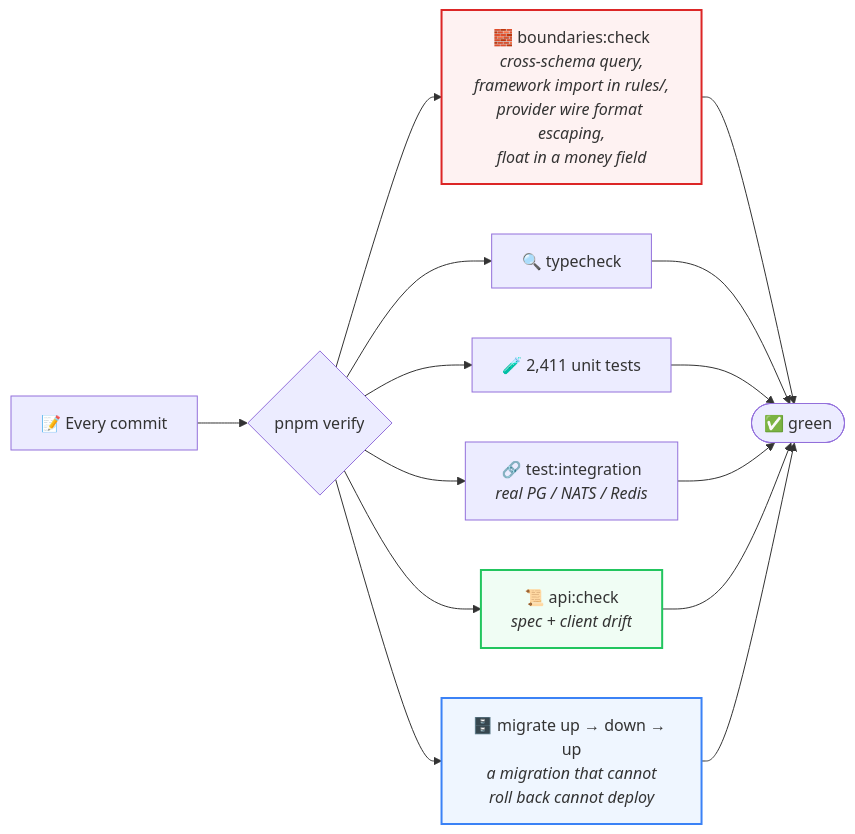
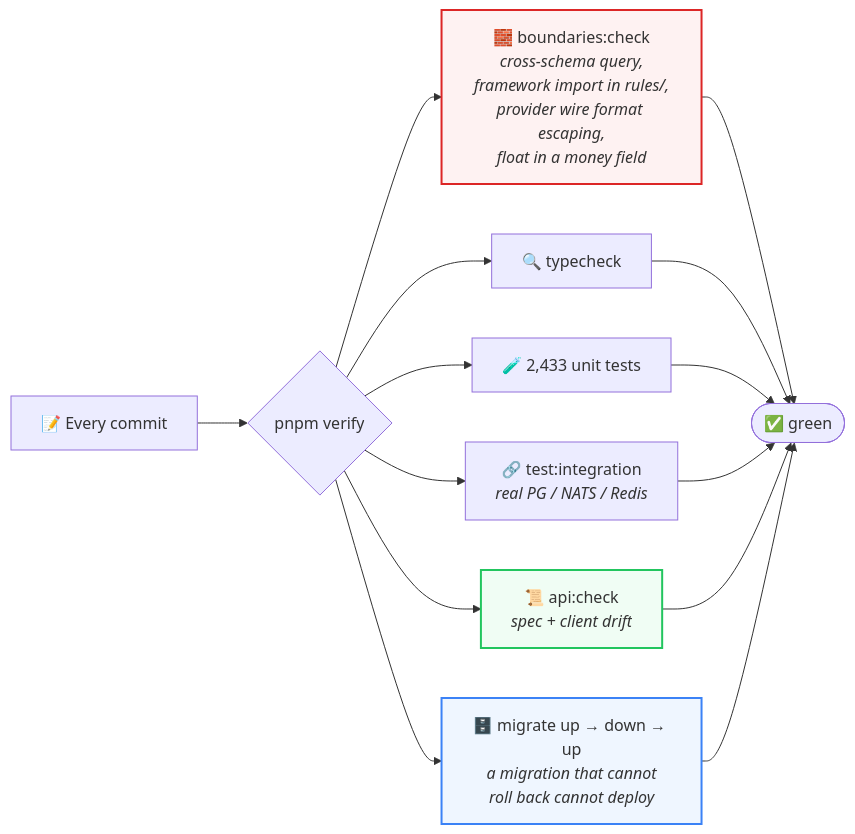
One commit to mahabubone/zipzap changed the sixth of 6 diagrams in README.md. Above: the diagram before and after it, drawn with Mermaid. The commit also changed other lines of this file and 159 other files, not shown here.

````diff
--- a/README.md
+++ b/README.md
@@ -327,17 +387,17 @@
 ```mermaid
 flowchart LR
     C["📝 Every commit"] --> P{"pnpm verify"}
     P --> B["🧱 boundaries:check<br/><i>cross-schema query,<br/>framework import in rules/,<br/>provider wire format escaping,<br/>float in a money field</i>"]
     P --> T["🔍 typecheck"]
-    P --> U["🧪 2,411 unit tests"]
+    P --> U["🧪 2,433 unit tests"]
     P --> I["🔗 test:integration<br/><i>real PG / NATS / Redis</i>"]
     P --> K["📜 api:check<br/><i>spec + client drift</i>"]
     P --> D["🗄️ migrate up → down → up<br/><i>a migration that cannot<br/>roll back cannot deploy</i>"]
 
     B --> V([✅ green])
     T --> V; U --> V; I --> V; K --> V; D --> V
 
     style B fill:#fef2f2,stroke:#dc2626,stroke-width:2px
     style K fill:#f0fdf4,stroke:#22c55e,stroke-width:2px
     style D fill:#eff6ff,stroke:#3b82f6,stroke-width:2px
 ```
````
